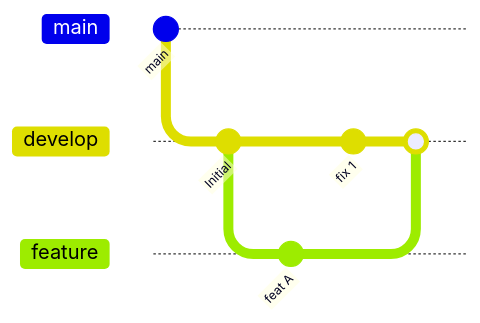
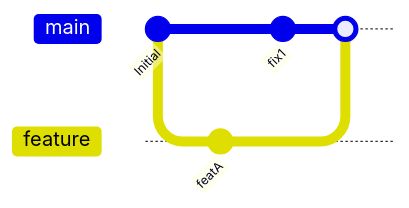
The second of 4 diagrams in git-guidelines.md (alvarogil-dev/backend-guidelines), drawn with Mermaid before and after one commit. The commit also changed other lines of this file, not shown here.

````diff
--- a/git-guidelines.md
+++ b/git-guidelines.md
@@ -194,11 +205,10 @@
 ```mermaid
 gitGraph
-   commit id: "main"
-   branch develop
    commit id: "Initial"
    branch feature
-   commit id: "feat A"
-   checkout develop
-   commit id: "fix 1"
+   checkout feature
+   commit id: "featA"
+   checkout main
+   commit id: "fix1"
    merge feature
 ```
````
